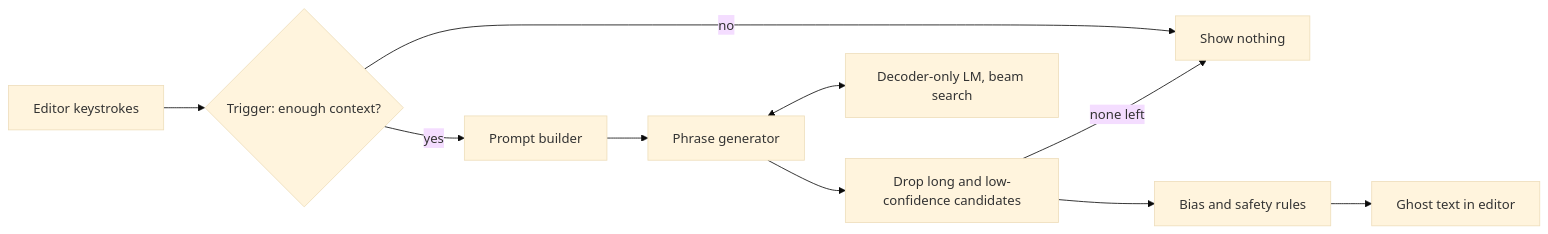
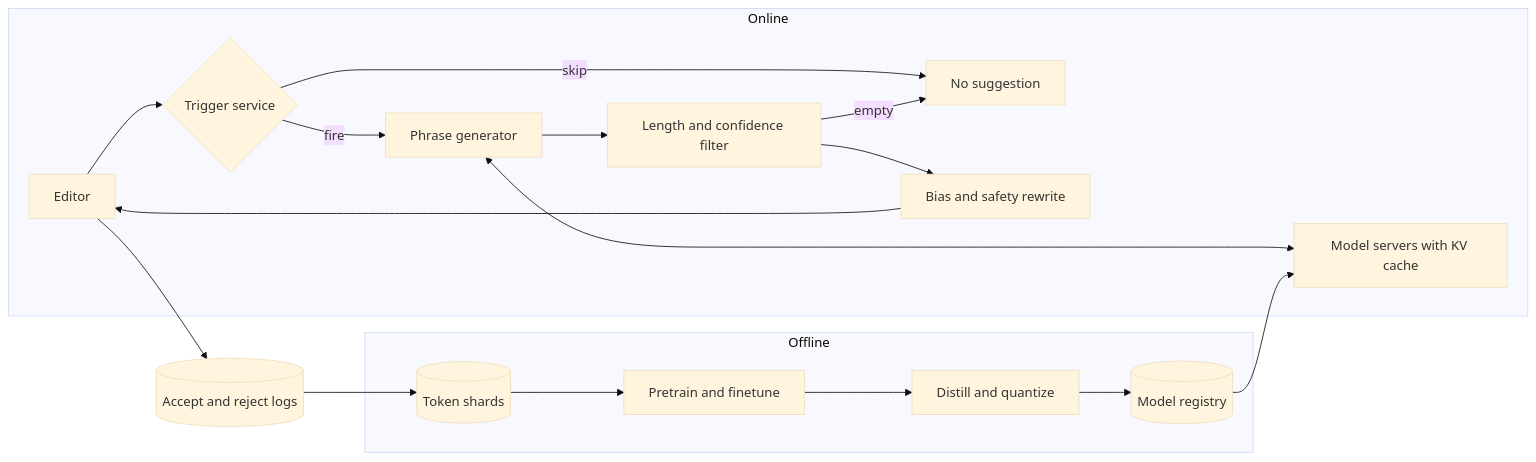
Before and after one commit to johklo/johklo.github.io: the fifth of 6 diagrams in content/docs/tech/generative-ai-system-design-interview/02-gmail-smart-compose.md, drawn with Mermaid (base theme). The commit also changed other lines of this file and 10 other files, not shown here.

````diff
--- a/content/docs/tech/generative-ai-system-design-interview/02-gmail-smart-compose.md
+++ b/content/docs/tech/generative-ai-system-design-interview/02-gmail-smart-compose.md
@@ -56,14 +294,23 @@
 ```mermaid
 flowchart LR
-  accTitle: Smart Compose request flow
-  accDescr: Keystrokes reach a trigger service. When it fires, a prompt is built from subject, thread and body and sent to the phrase generator, which runs beam search on the language model. Candidates are filtered by length and confidence, then post-processing removes biased or unsafe wording before one suggestion is shown.
-  K[Editor keystrokes] --> T{Trigger: enough context?}
-  T -- no --> X[Show nothing]
-  T -- yes --> P[Prompt builder]
-  P --> G[Phrase generator]
-  G <--> LM[Decoder-only LM, beam search]
-  G --> F[Drop long and low-confidence candidates]
-  F -- none left --> X
-  F --> PP[Bias and safety rules]
-  PP --> U[Ghost text in editor]
+  accTitle: Smart Compose end-to-end architecture
+  accDescr: Offline, cleaned token shards train a model that is distilled, quantized and pushed to a registry. Online, the editor sends events to a trigger service. When it fires, the phrase generator runs beam search on model servers with a KV cache, a filter removes long and low-confidence candidates, and a rewrite step applies bias and safety rules before ghost text returns to the editor. Accept and reject logs flow back to offline data.
+  subgraph OFFLINE[Offline]
+    DATA[("Token shards")] --> TRAIN["Pretrain and finetune"]
+    TRAIN --> COMP["Distill and quantize"]
+    COMP --> REG[("Model registry")]
+  end
+  subgraph ONLINE[Online]
+    ED[Editor] --> TRG{Trigger service}
+    TRG -- skip --> NONE[No suggestion]
+    TRG -- fire --> GEN["Phrase generator"]
+    GEN <--> SRV["Model servers with KV cache"]
+    GEN --> FLT["Length and confidence filter"]
+    FLT -- empty --> NONE
+    FLT --> PP["Bias and safety rewrite"]
+    PP --> ED
+  end
+  REG --> SRV
+  ED --> LOG[("Accept and reject logs")]
+  LOG --> DATA
 ```
````
